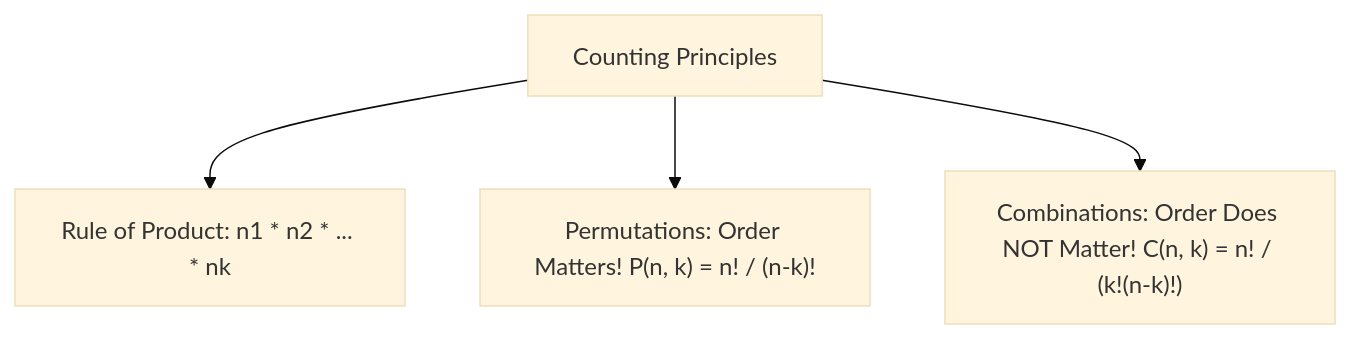
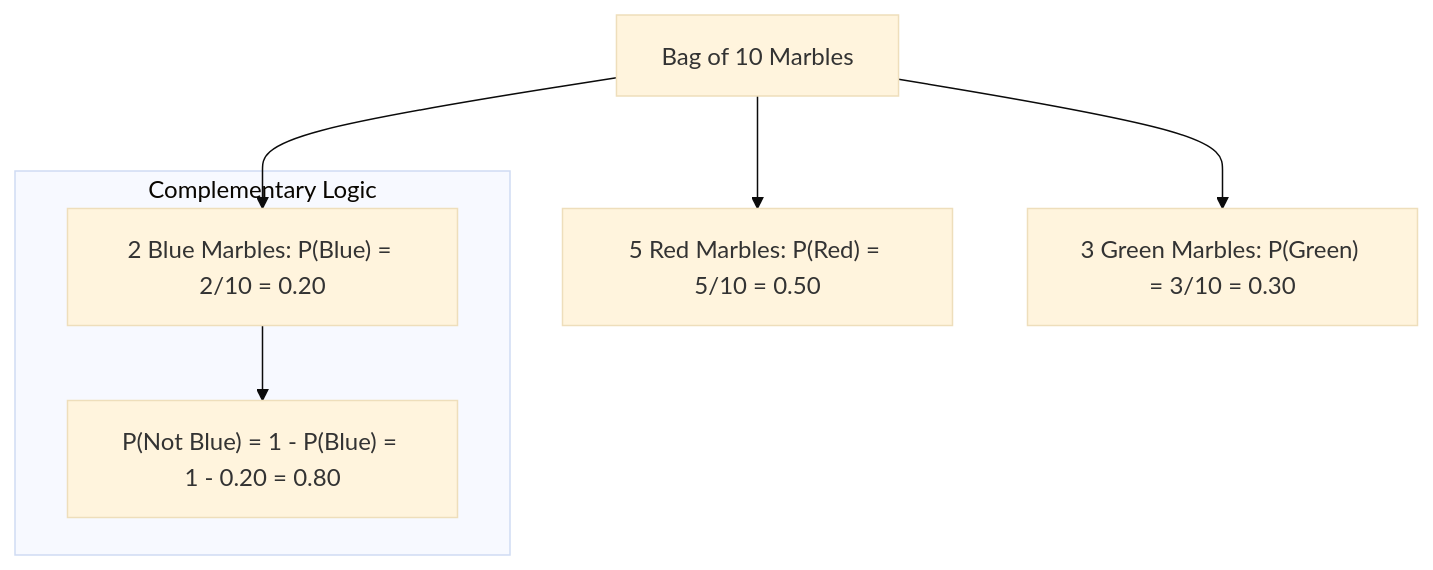
Before and after one commit to S1h2i3v4a/AI_ML: the diagram in lecture_20/Notes_20.04/README.md, drawn with Mermaid (base theme). The commit also changed other lines of this file and 203 other files, not shown here.

Commit message:
docs(lectures 19-21): align notes with video lectures, add blackboard diagrams, clean structured functions, and compile vector PDFs

````diff
--- a/lecture_20/Notes_20.04/README.md
+++ b/lecture_20/Notes_20.04/README.md
@@ -15,6 +10,10 @@
 ```mermaid
 flowchart TD
-    A["Counting Principles"] --> B["Rule of Product: n1 * n2 * ... * nk"]
-    A --> C["Permutations: Order Matters! P(n, k) = n! / (n-k)!"]
-    A --> D["Combinations: Order Does NOT Matter! C(n, k) = n! / (k!(n-k)!)"]
+    Bag["Bag of 10 Marbles"] --> R["5 Red Marbles: P(Red) = 5/10 = 0.50"]
+    Bag --> G["3 Green Marbles: P(Green) = 3/10 = 0.30"]
+    Bag --> B["2 Blue Marbles: P(Blue) = 2/10 = 0.20"]
+    
+    subgraph Complement["Complementary Logic"]
+        B --> NB["P(Not Blue) = 1 - P(Blue) = 1 - 0.20 = 0.80"]
+    end
 ```
````
